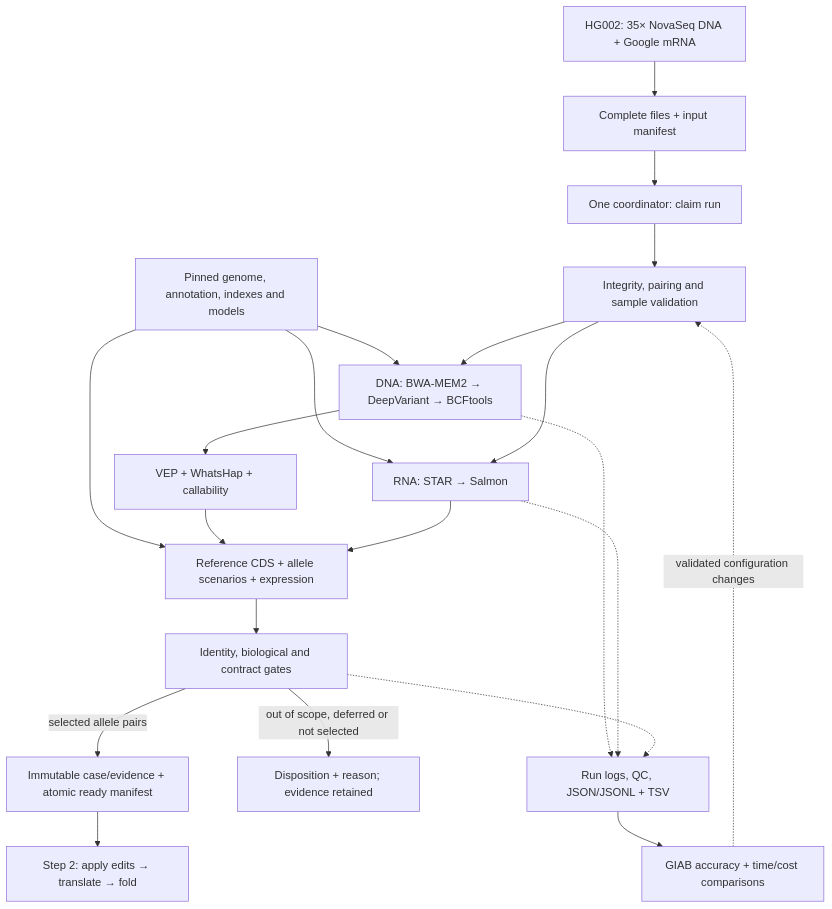
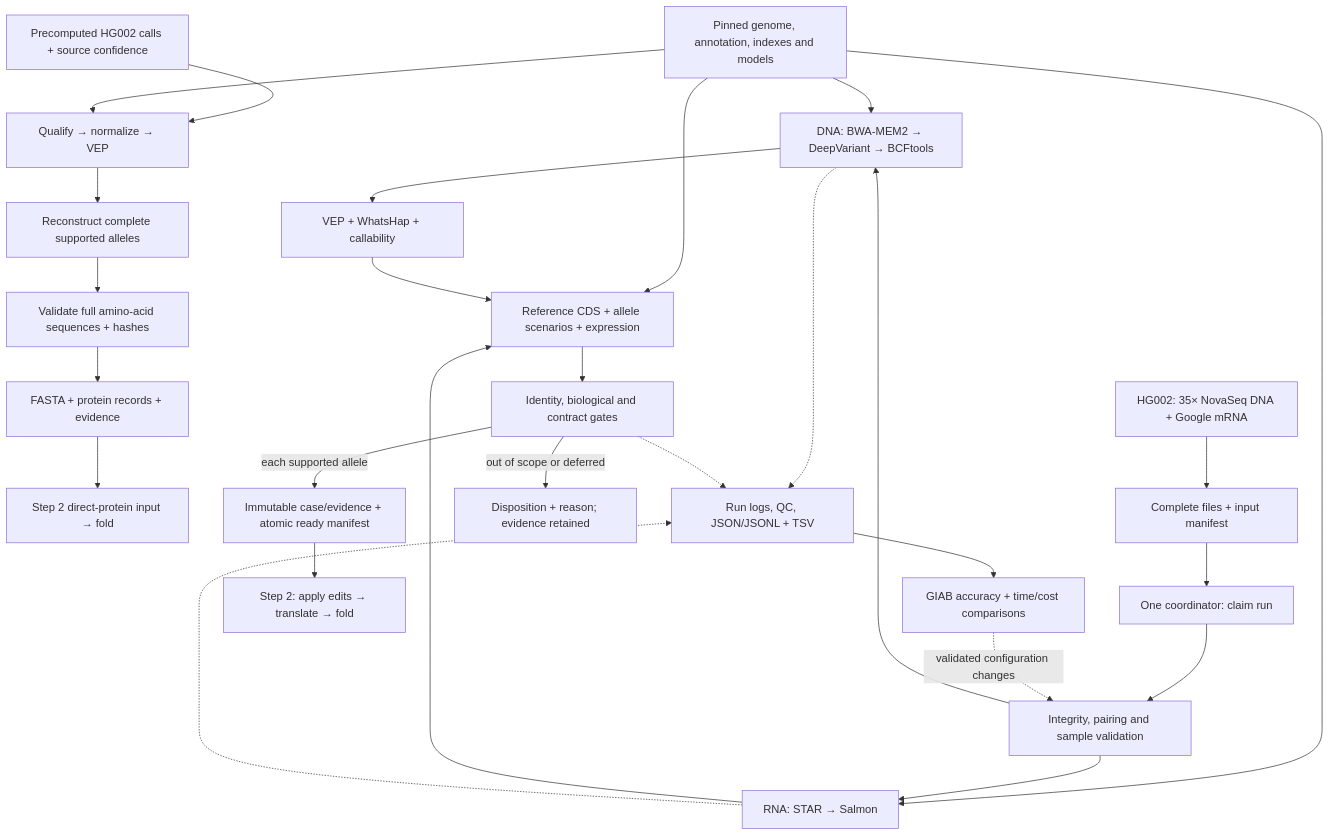
Before and after one commit to bmwoolf/bespoke-bio: the diagram in docs/stage-one.md, drawn with Mermaid. The commit also changed other lines of this file, not shown here.

````diff
--- a/docs/stage-one.md
+++ b/docs/stage-one.md
@@ -494,23 +565,29 @@
 ```mermaid
 flowchart TD
+    P["Precomputed HG002 calls + source confidence"] --> P1["Qualify → normalize → VEP"]
+    REF --> P1
+    P1 --> P2["Reconstruct complete supported alleles"]
+    P2 --> P3["Validate full amino-acid sequences + hashes"]
+    P3 --> P4["FASTA + protein records + evidence"]
+    P4 --> B2["Step 2 direct-protein input → fold"]
     S["HG002: 35× NovaSeq DNA + Google mRNA"] --> I["Complete files + input manifest"]
     I --> C0["One coordinator: claim run"]
     C0 --> V["Integrity, pairing and sample validation"]
     REF["Pinned genome, annotation, indexes and models"] --> D
     REF --> R
     REF --> C
     V --> D["DNA: BWA-MEM2 → DeepVariant → BCFtools"]
     V --> R["RNA: STAR → Salmon"]
     D --> E["VEP + WhatsHap + callability"]
     E --> C["Reference CDS + allele scenarios + expression"]
     R --> C
     C --> G["Identity, biological and contract gates"]
-    G -->|selected allele pairs| H["Immutable case/evidence + atomic ready manifest"]
-    G -->|out of scope, deferred or not selected| X["Disposition + reason; evidence retained"]
+    G -->|each supported allele| H["Immutable case/evidence + atomic ready manifest"]
+    G -->|out of scope or deferred| X["Disposition + reason; evidence retained"]
     H --> B["Step 2: apply edits → translate → fold"]
     D -.-> T["Run logs, QC, JSON/JSONL + TSV"]
     R -.-> T
     G -.-> T
     T --> Q["GIAB accuracy + time/cost comparisons"]
     Q -.->|validated configuration changes| V
 ```
````
